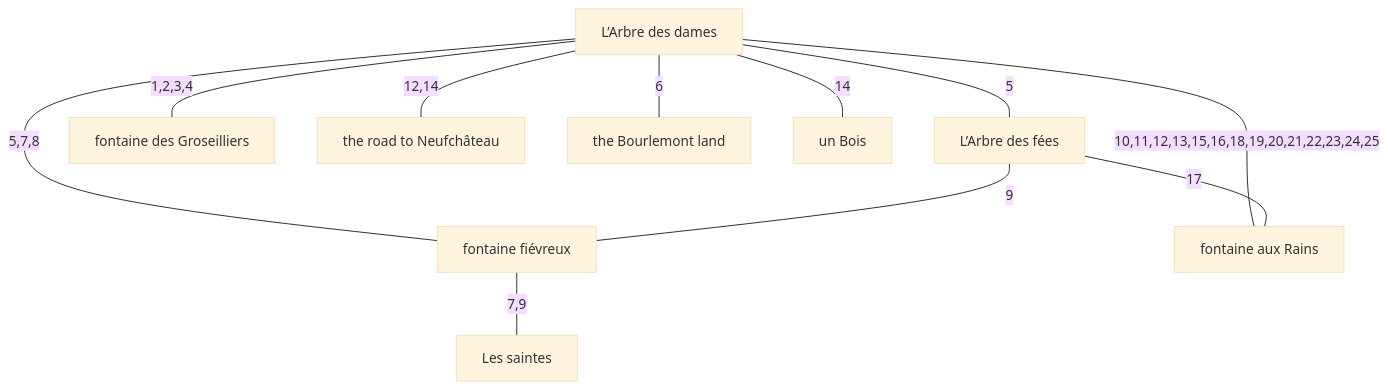
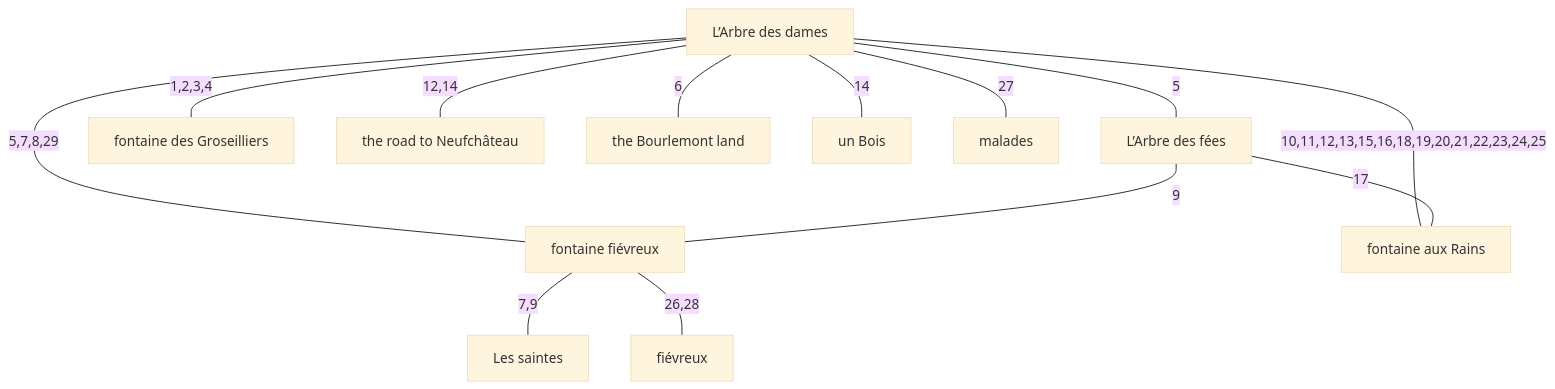
One commit to kitty-catt/the-location-of-the-arbre-des-dames-and-the-spring-of-joan-of-arc changed the diagram in breakout/combined.md. Above: the diagram before and after it, drawn with Mermaid (base theme). The commit also changed other lines of this file and 3 other files, not shown here.

Commit message:
added a new skill plus add supernatural entities to the object diagram

````diff
--- a/breakout/combined.md
+++ b/breakout/combined.md
@@ -68,23 +80,27 @@
 ```mermaid
 graph TD
     N1["L’Arbre des dames"]
     N2["L’Arbre des fées"]
     N3["fontaine des Groseilliers"]
     N4["fontaine fiévreux"]
     N5["fontaine aux Rains"]
     N6["the road to Neufchâteau"]
     N7["the Bourlemont land"]
     N8["un Bois"]
     N9["Les saintes"]
+    N10["fiévreux"]
+    N11["malades"]
 
     N1 -- "5" --- N2
     N1 -- "1,2,3,4" --- N3
-    N1 -- "5,7,8" --- N4
+    N1 -- "5,7,8,29" --- N4
     N2 -- "9" --- N4
     N1 -- "6" --- N7
     N4 -- "7,9" --- N9
+    N4 -- "26,28" --- N10
+    N1 -- "27" --- N11
     N1 -- "10,11,12,13,15,16,18,19,20,21,22,23,24,25" --- N5
     N2 -- "17" --- N5
     N1 -- "12,14" --- N6
     N1 -- "14" --- N8
 ```
````
